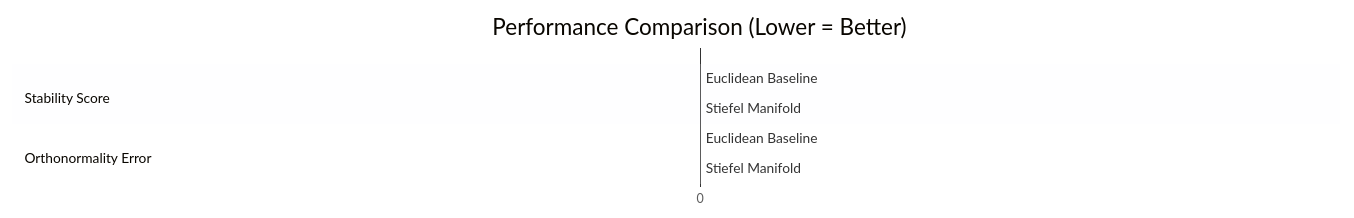
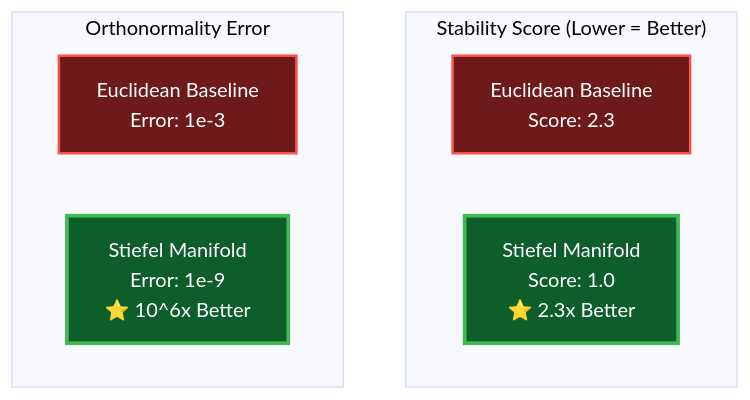
The fourth of 5 diagrams in README.md (Koussaisalem/algo), drawn with Mermaid (base theme) before and after one commit. The commit also changed other lines of this file, not shown here.

First line of the commit message:
style: optimize Mermaid diagrams for GitHub dark mode

````diff
--- a/README.md
+++ b/README.md
@@ -311,14 +311,17 @@
 ```mermaid
-gantt
-    title Performance Comparison (Lower = Better)
-    dateFormat X
-    axisFormat %s
+graph TB
+    subgraph "Stability Score (Lower = Better)"
+        E1[Euclidean Baseline<br/>Score: 2.3]
+        S1[Stiefel Manifold<br/>Score: 1.0<br/>⭐ 2.3x Better]
+    end
     
-    section Stability Score
-    Euclidean Baseline    :0, 2.3
-    Stiefel Manifold     :0, 1.0
+    subgraph "Orthonormality Error"
+        E2[Euclidean Baseline<br/>Error: 1e-3]
+        S2[Stiefel Manifold<br/>Error: 1e-9<br/>⭐ 10^6x Better]
+    end
     
-    section Orthonormality Error
-    Euclidean Baseline    :0, 1e-3
-    Stiefel Manifold     :0, 1e-9
+    style E1 fill:#6e1a1a,stroke:#f85149,stroke-width:2px,color:#fff
+    style S1 fill:#0d5e2a,stroke:#3fb950,stroke-width:3px,color:#fff
+    style E2 fill:#6e1a1a,stroke:#f85149,stroke-width:2px,color:#fff
+    style S2 fill:#0d5e2a,stroke:#3fb950,stroke-width:3px,color:#fff
 ```
````
